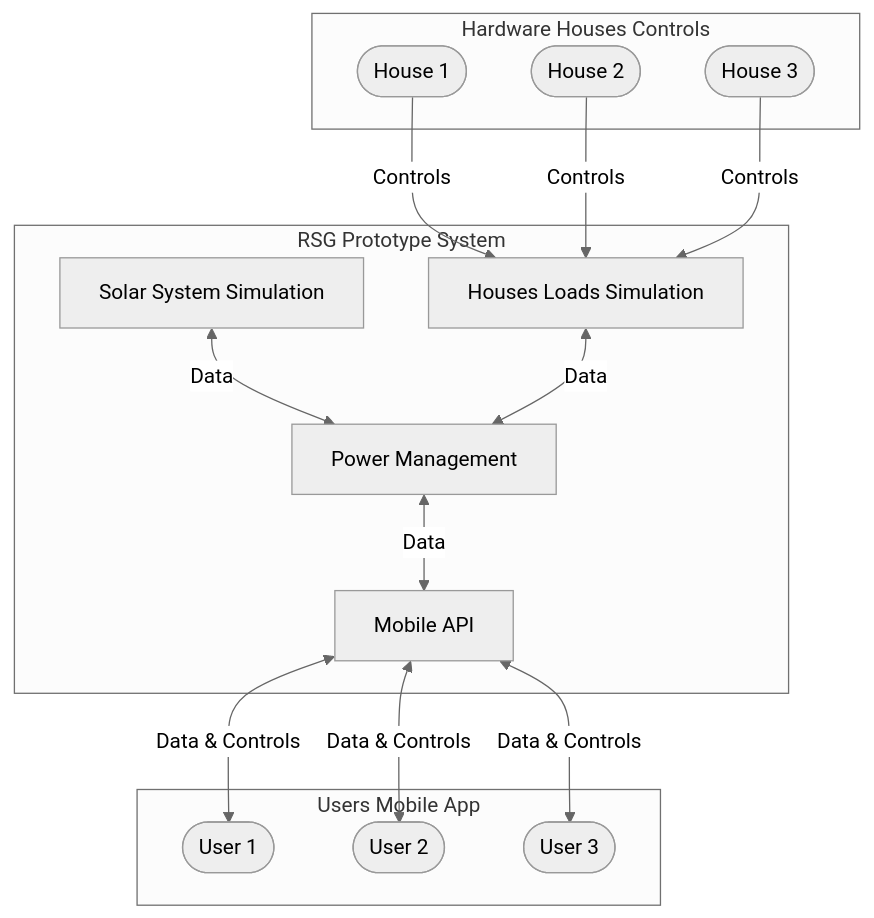
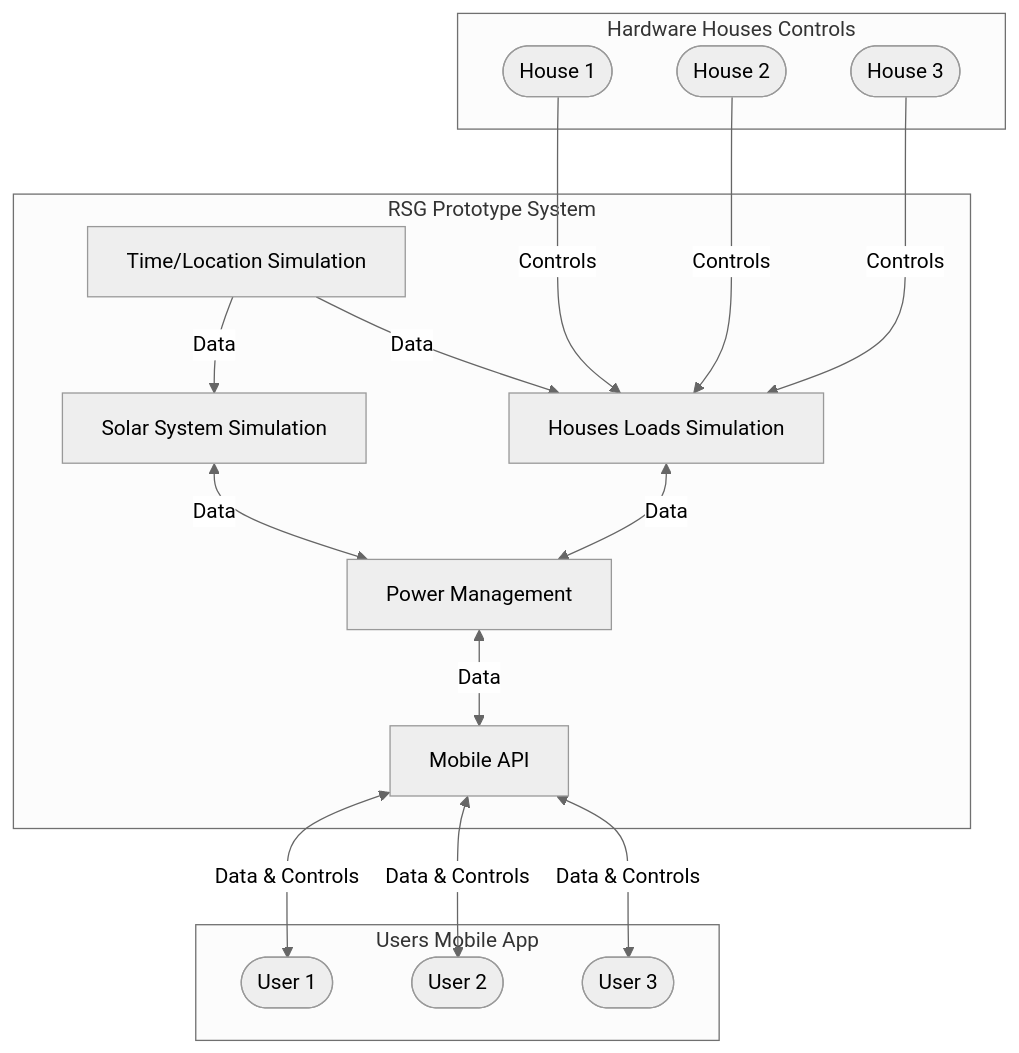
One commit to ezAldinWaez/residential-smart-grid-prototype changed the diagram in graphs/rsg_prototype_system_graph.mermaid. Above: the diagram before and after it, drawn with Mermaid (neutral theme). The commit also changed 4 other files, not shown here.

```diff
--- a/graphs/rsg_prototype_system_graph.mermaid
+++ b/graphs/rsg_prototype_system_graph.mermaid
@@ -1,24 +1,25 @@
 graph TB
 
   subgraph HHC[Hardware Houses Controls]
     HHC_H1([House 1])
     HHC_H2([House 2])
     HHC_H3([House 3])
   end
 
   subgraph RSGPS[RSG Prototype System]
+    RSGPS_TLS[Time/Location Simulation]
     RSGPS_SSS[Solar System Simulation]
     RSGPS_HLS[Houses Loads Simulation]
     RSGPS_PM[Power Management]
     RSGPS_MA[Mobile API]
   end
 
   subgraph UMA[Users Mobile App]
     UMA_U1([User 1])
     UMA_U2([User 2])
     UMA_U3([User 3])
   end
-
+  RSGPS_TLS --Data--> RSGPS_SSS & RSGPS_HLS
   RSGPS_SSS & RSGPS_HLS <--Data--> RSGPS_PM <--Data--> RSGPS_MA
-  HHC_H1 & HHC_H2 & HHC_H3 --Controls--> RSGPS_HLS
+  HHC_H1 & HHC_H2 & HHC_H3 --Controls---> RSGPS_HLS
   RSGPS_MA <--Data & Controls--> UMA_U1 & UMA_U2 & UMA_U3
```
